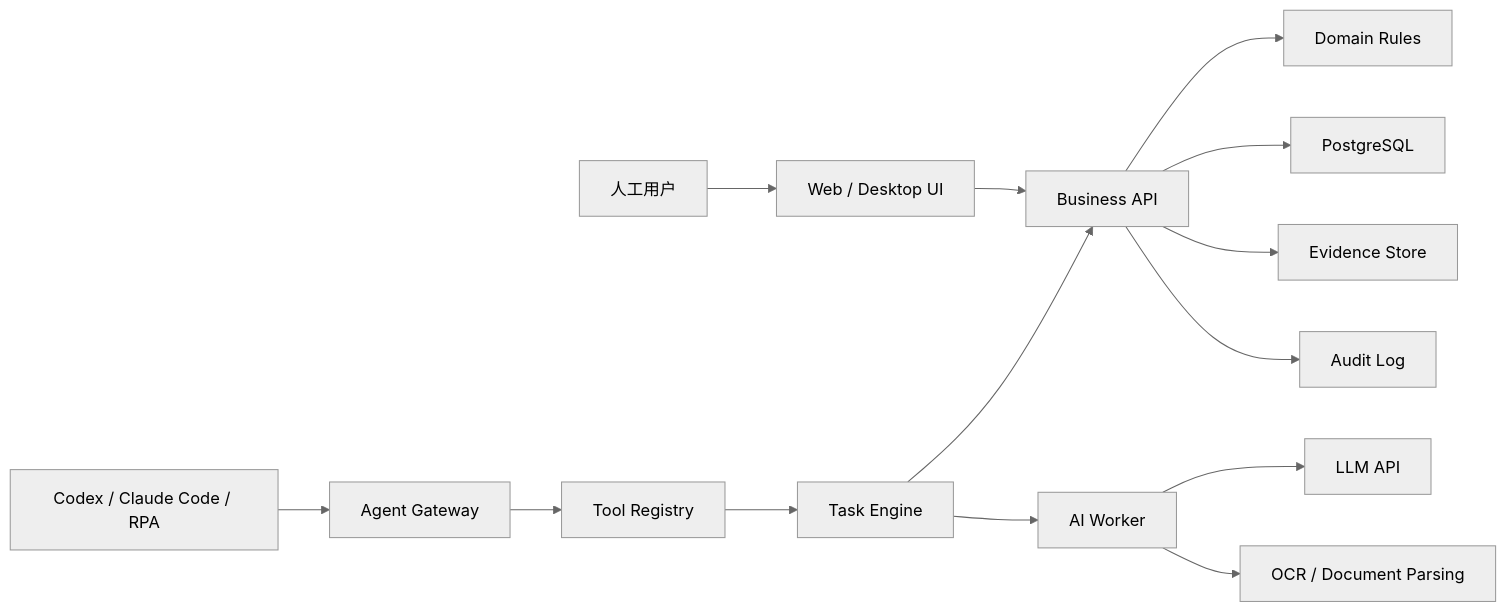
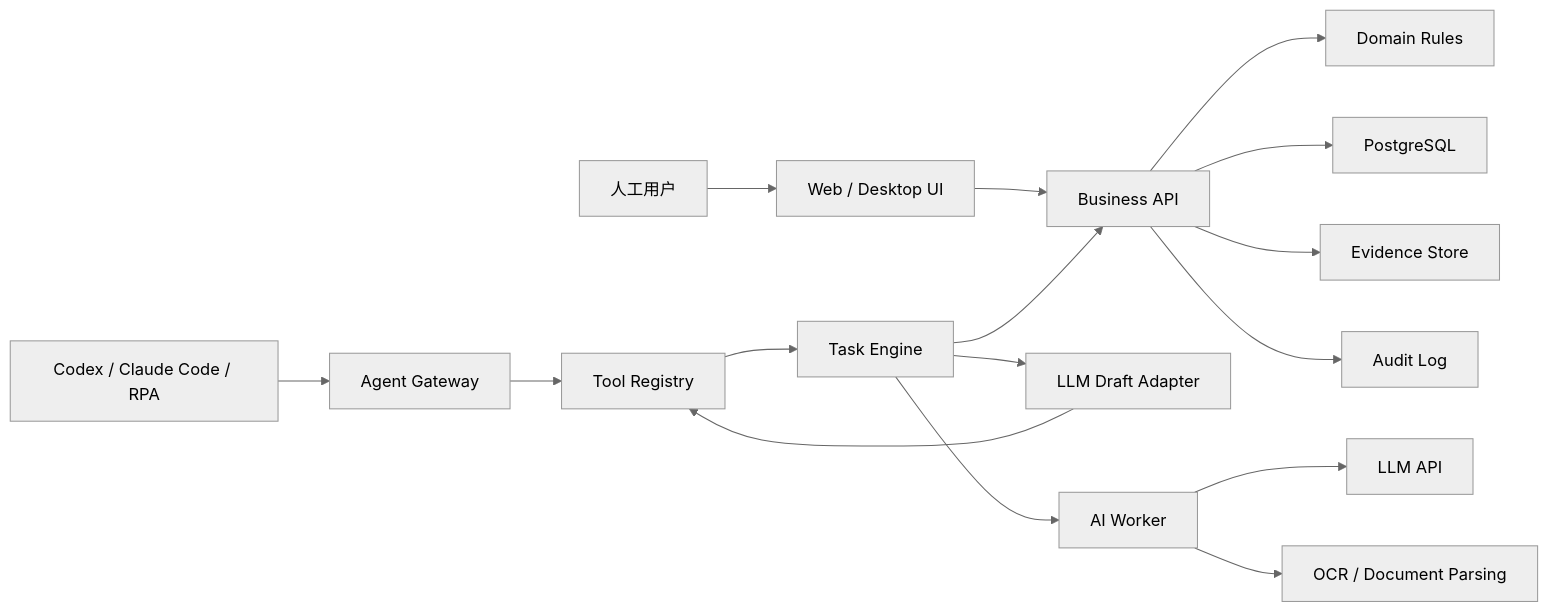
One commit to jahad4387-ops/ais-erp-suite changed the diagram in docs/agent-native-design.md. Above: the diagram before and after it, drawn with Mermaid (neutral theme). The commit also changed other lines of this file and 71 other files, not shown here.

````diff
--- a/docs/agent-native-design.md
+++ b/docs/agent-native-design.md
@@ -20,16 +20,18 @@
 ```mermaid
 flowchart LR
   Human["人工用户"] --> Web["Web / Desktop UI"]
   ExternalAgent["Codex / Claude Code / RPA"] --> AgentGateway["Agent Gateway"]
   Web --> BusinessAPI["Business API"]
   AgentGateway --> ToolRegistry["Tool Registry"]
   ToolRegistry --> TaskEngine["Task Engine"]
   TaskEngine --> BusinessAPI
   BusinessAPI --> DomainRules["Domain Rules"]
   BusinessAPI --> DB["PostgreSQL"]
   BusinessAPI --> Evidence["Evidence Store"]
   BusinessAPI --> Audit["Audit Log"]
+  TaskEngine --> DraftAdapter["LLM Draft Adapter"]
+  DraftAdapter --> ToolRegistry
   TaskEngine --> AIWorker["AI Worker"]
   AIWorker --> LLM["LLM API"]
   AIWorker --> OCR["OCR / Document Parsing"]
 ```
````
